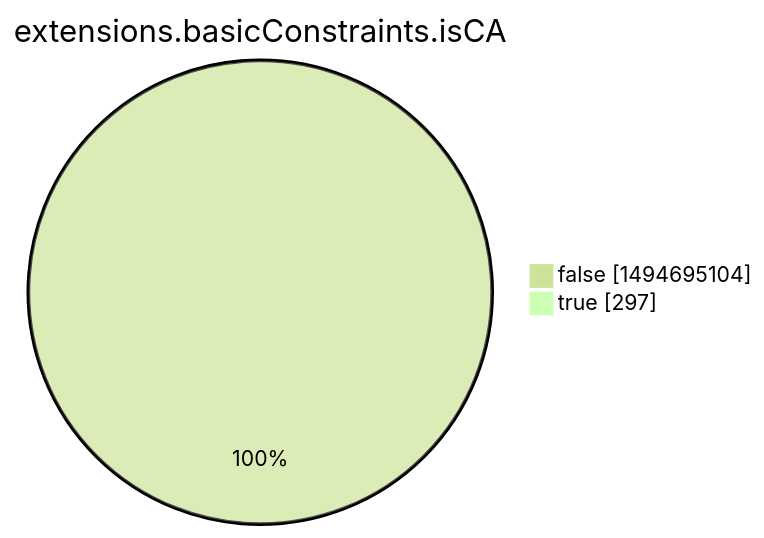
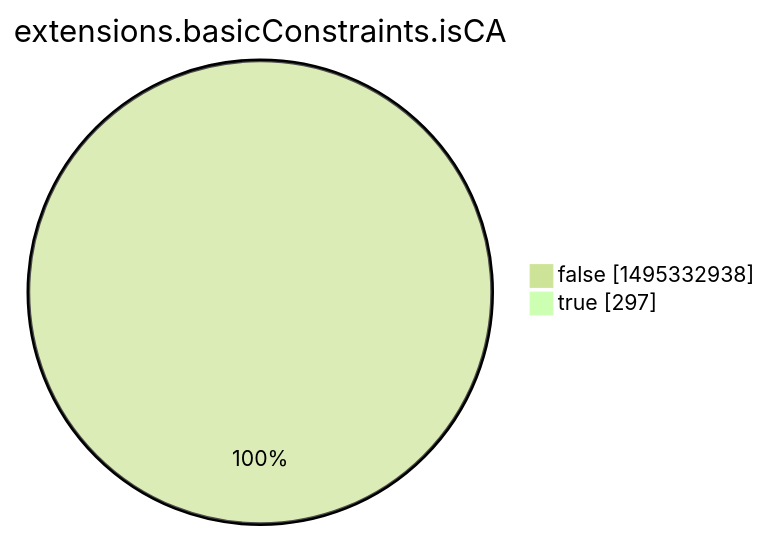
Before and after one commit to christiankrug/ctmonitor_visualization: the eighth of 15 diagrams in argon2022/README.md, drawn with Mermaid (forest theme). The commit also changed other lines of this file, not shown here.

````diff
--- a/argon2022/README.md
+++ b/argon2022/README.md
@@ -2760,6 +2760,6 @@
 ```mermaid
 pie showData
 title extensions.basicConstraints.isCA
-"false" :1494695104
+"false" :1495332938
 "true" :297
 ```
````
